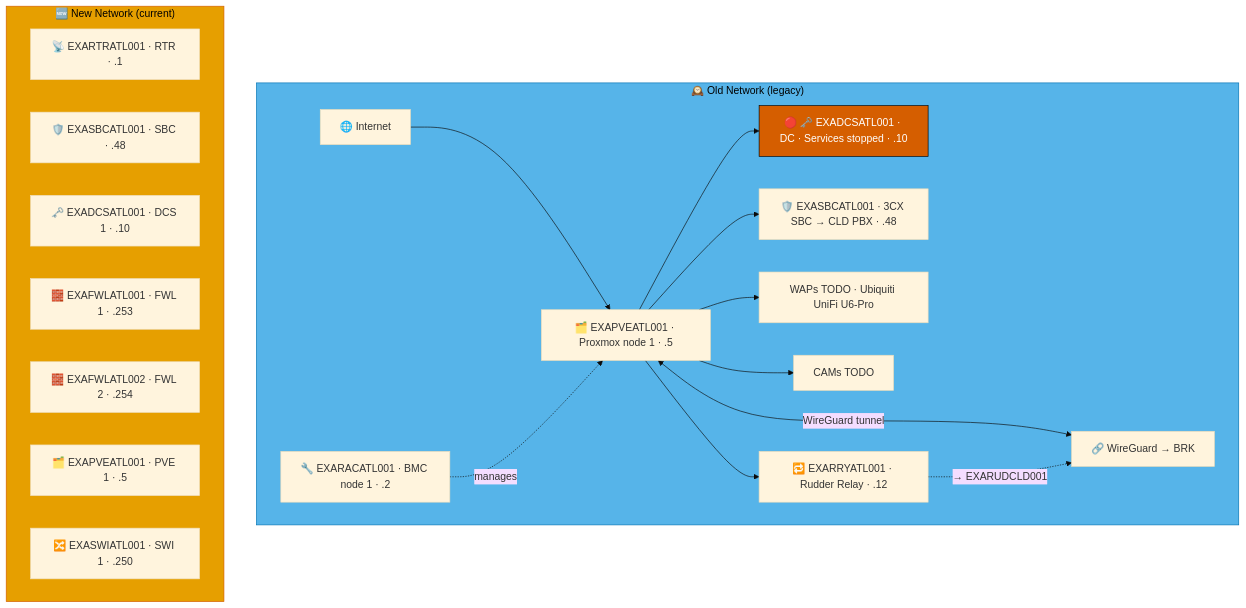
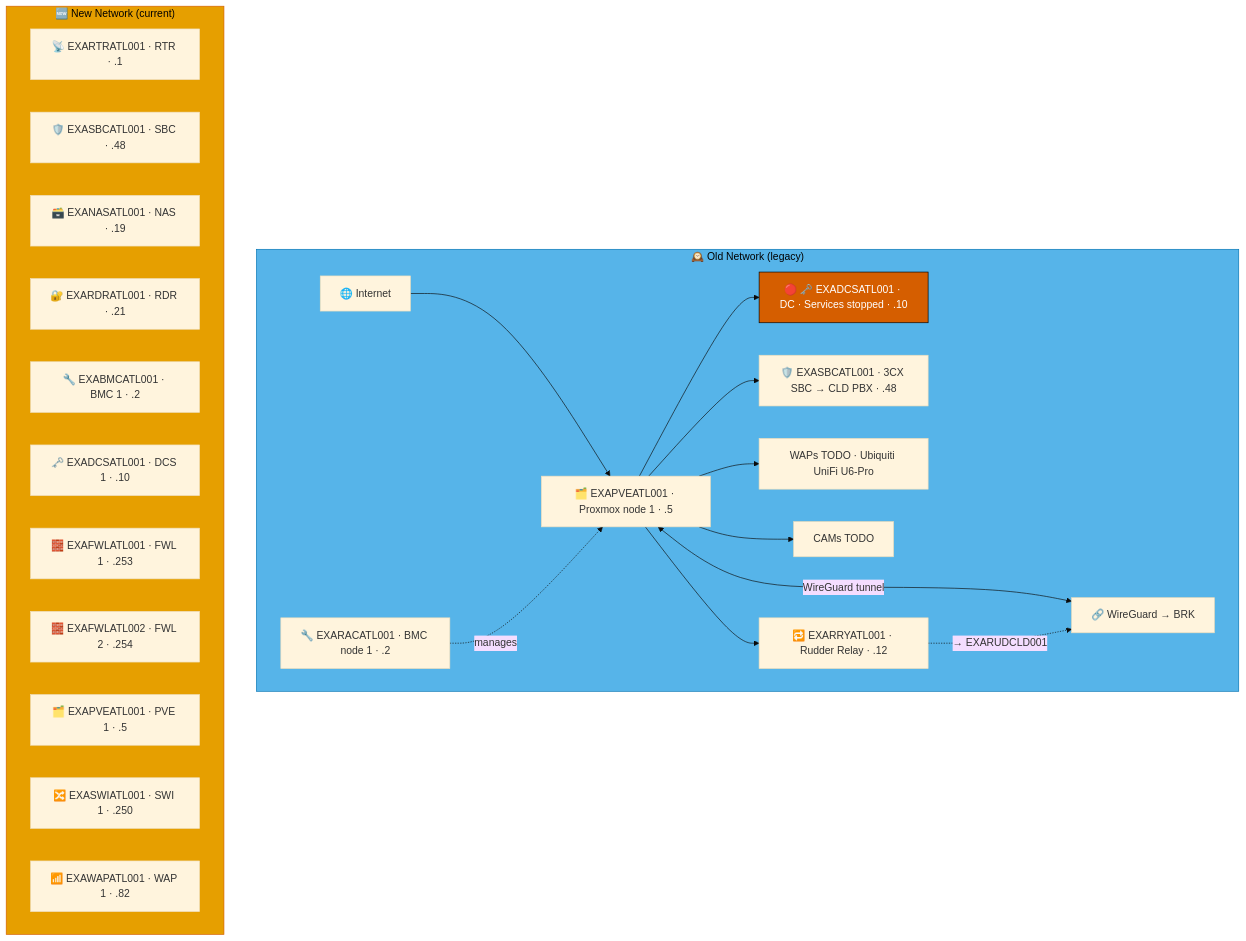
One commit to knightmare2600/example_music_infra changed the fifth of 8 diagrams in docs/network-diagram/united-states.md. Above: the diagram before and after it, drawn with Mermaid (base theme). The commit also changed other lines of this file and 15 other files, not shown here.

````diff
--- a/docs/network-diagram/united-states.md
+++ b/docs/network-diagram/united-states.md
@@ -233,37 +249,41 @@
 ```mermaid
 graph TD
     subgraph OLD_ATL ["🕰️ Old Network (legacy)"]
       INET["🌐 Internet"]
       RAC["🔧 EXARACATL001 · BMC node 1 · .2"]
       PVE["🗂️ EXAPVEATL001 · Proxmox node 1 · .5"]
       DC["🔴 🗝️ EXADCSATL001 · DC · Services stopped · .10"]
       SBC["🛡️ EXASBCATL001 · 3CX SBC → CLD PBX · .48"]
       RRY["🔁 EXARRYATL001 · Rudder Relay · .12"]
       WAP["WAPs TODO · Ubiquiti UniFi U6-Pro"]
       CAM["CAMs TODO"]
       VPN["🔗 WireGuard → BRK"]
 
       INET --> PVE --> DC & SBC
       RAC -.->|"manages"| PVE
       PVE --> WAP & CAM
       PVE <-->|"WireGuard tunnel"| VPN
 
       PVE --> RRY
       RRY -. "→ EXARUDCLD001" .-> VPN
     end
     style OLD_ATL fill:#56B4E9,stroke:#0072B2,color:#000000
     %% GENERATED:NEW-NETWORK:ATL:START
     subgraph NEW_ATL ["🆕 New Network (current)"]
       N_RTR["📡 EXARTRATL001 · RTR · .1"]
       N_SBC["🛡️ EXASBCATL001 · SBC · .48"]
+      N_NAS["🗃️ EXANASATL001 · NAS · .19"]
+      N_RDR["🔐 EXARDRATL001 · RDR · .21"]
+      N_BMC["🔧 EXABMCATL001 · BMC 1 · .2"]
       N_DCS["🗝️ EXADCSATL001 · DCS 1 · .10"]
       N_FWL["🧱 EXAFWLATL001 · FWL 1 · .253"]
       N_FWL2["🧱 EXAFWLATL002 · FWL 2 · .254"]
       N_PVE["🗂️ EXAPVEATL001 · PVE 1 · .5"]
       N_SWI["🔀 EXASWIATL001 · SWI 1 · .250"]
+      N_WAP["📶 EXAWAPATL001 · WAP 1 · .82"]
     end
     style NEW_ATL fill:#E69F00,stroke:#D55E00,color:#000000
     %% GENERATED:NEW-NETWORK:ATL:END
     classDef warn fill:#D55E00,stroke:#000000,color:#ffffff
     class DC warn
 ```
````
